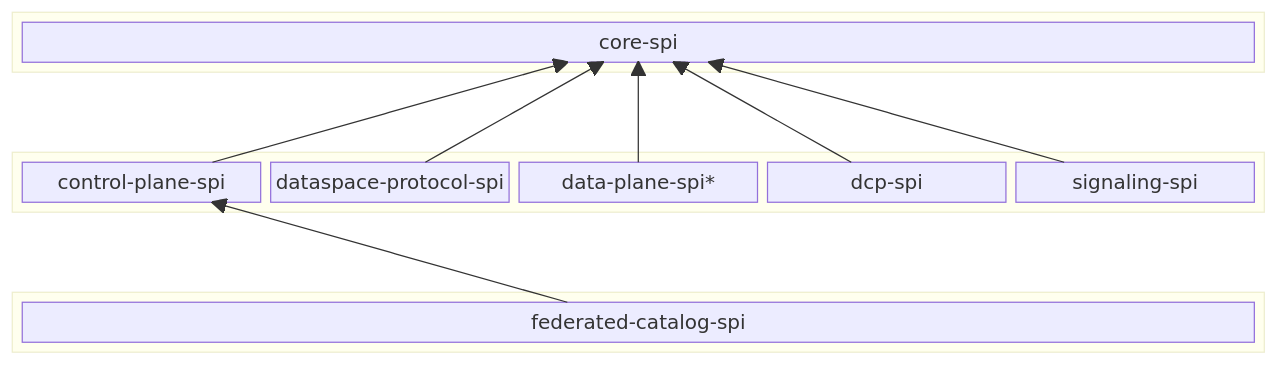
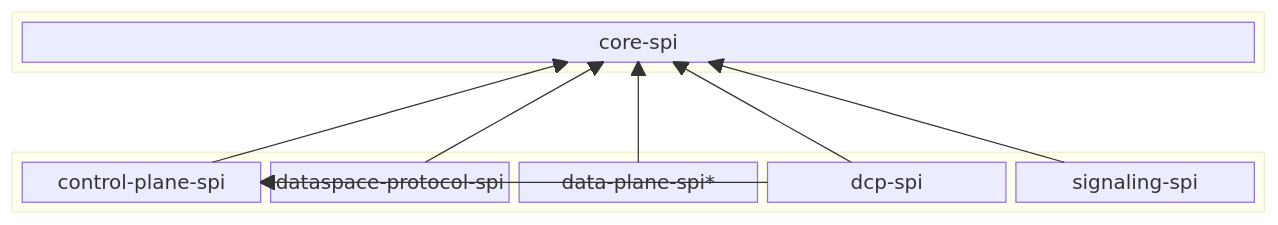
The diagram in docs/developer/decision-records/2026-06-18-spi-module-consolidation/README.md (eclipse-edc/Connector), drawn with Mermaid before and after one commit. The commit also changed other lines of this file and 1035 other files, not shown here.

````diff
--- a/docs/developer/decision-records/2026-06-18-spi-module-consolidation/README.md
+++ b/docs/developer/decision-records/2026-06-18-spi-module-consolidation/README.md
@@ -95,26 +96,22 @@
 ```mermaid
 block-beta
     columns 1
     block
         R["core-spi"]
     end
     space
     block
         A["control-plane-spi"]
         B["dataspace-protocol-spi"]
         C["data-plane-spi*"]
         D["dcp-spi"]
         E["signaling-spi"]
     end
-    space
-    block
-        F["federated-catalog-spi"]
-    end
     A --> R
     B --> R
     C --> R
     D --> R
     E --> R
-    F --> A
+    D --> A
 
 ```
````
